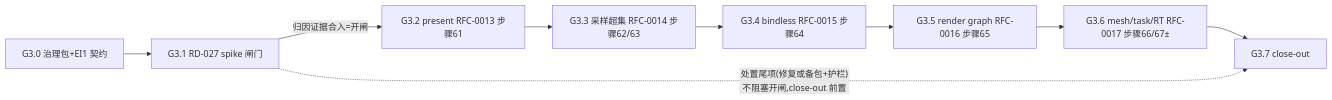
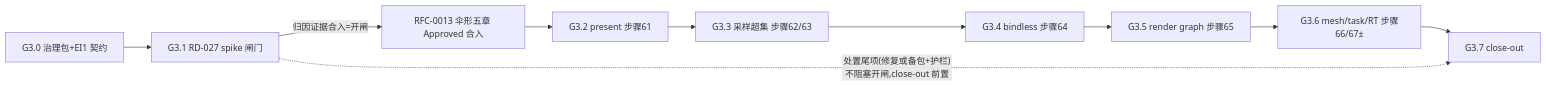
The diagram in milestones/g3/G3_PLAN.md (qwasg/Rurix), drawn with Mermaid before and after one commit. The commit also changed other lines of this file and 3 other files, not shown here.

````diff
--- a/milestones/g3/G3_PLAN.md
+++ b/milestones/g3/G3_PLAN.md
@@ -13,11 +13,12 @@
 ```mermaid
 flowchart LR
     g30[G3.0 治理包+EI1 契约] --> g31[G3.1 RD-027 spike 闸门]
-    g31 -- 归因证据合入=开闸 --> g32[G3.2 present RFC-0013 步骤61]
-    g32 --> g33[G3.3 采样超集 RFC-0014 步骤62/63]
-    g33 --> g34[G3.4 bindless RFC-0015 步骤64]
-    g34 --> g35[G3.5 render graph RFC-0016 步骤65]
-    g35 --> g36[G3.6 mesh/task/RT RFC-0017 步骤66/67±]
+    g31 -- 归因证据合入=开闸 --> rfc13[RFC-0013 伞形五章 Approved 合入]
+    rfc13 --> g32[G3.2 present 步骤61]
+    g32 --> g33[G3.3 采样超集 步骤62/63]
+    g33 --> g34[G3.4 bindless 步骤64]
+    g34 --> g35[G3.5 render graph 步骤65]
+    g35 --> g36[G3.6 mesh/task/RT 步骤66/67±]
     g36 --> g37[G3.7 close-out]
     g31 -. 处置尾项(修复或备包+护栏)不阻塞开闸,close-out 前置 .-> g37
 ```
````
